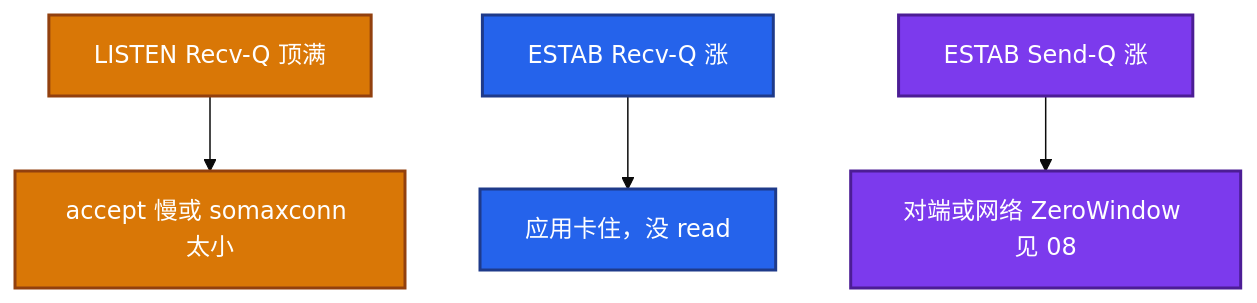
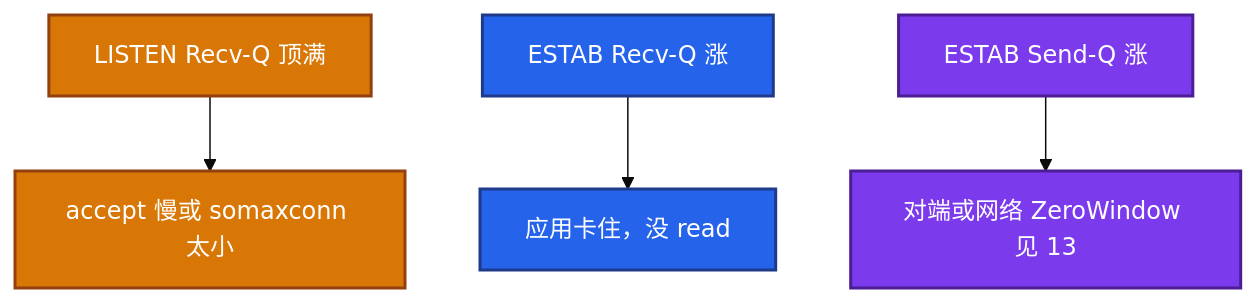
Before and after one commit to ml-cuizijun/LearnToLilith: the first of 5 diagrams in 01-基础底座/12-网络栈与Socket/练习题.md, drawn with Mermaid (base theme). The commit also changed other lines of this file and 56 other files, not shown here.

````diff
--- a/01-基础底座/12-网络栈与Socket/练习题.md
+++ b/01-基础底座/12-网络栈与Socket/练习题.md
@@ -47,12 +47,12 @@
 ```mermaid
 flowchart TB
     A[LISTEN Recv-Q 顶满] --> A1[accept 慢或 somaxconn 太小]
     B[ESTAB Recv-Q 涨] --> B1[应用卡住，没 read]
-    C[ESTAB Send-Q 涨] --> C1[对端或网络 ZeroWindow 见 08]
+    C[ESTAB Send-Q 涨] --> C1[对端或网络 ZeroWindow 见 13]
     classDef a fill:#D97706,stroke:#92400E,stroke-width:2px,color:#fff
     classDef b fill:#2563EB,stroke:#1E3A8A,stroke-width:2px,color:#fff
     classDef c fill:#7C3AED,stroke:#4C1D95,stroke-width:2px,color:#fff
     class A,A1 a
     class B,B1 b
     class C,C1 c
 ```
````
